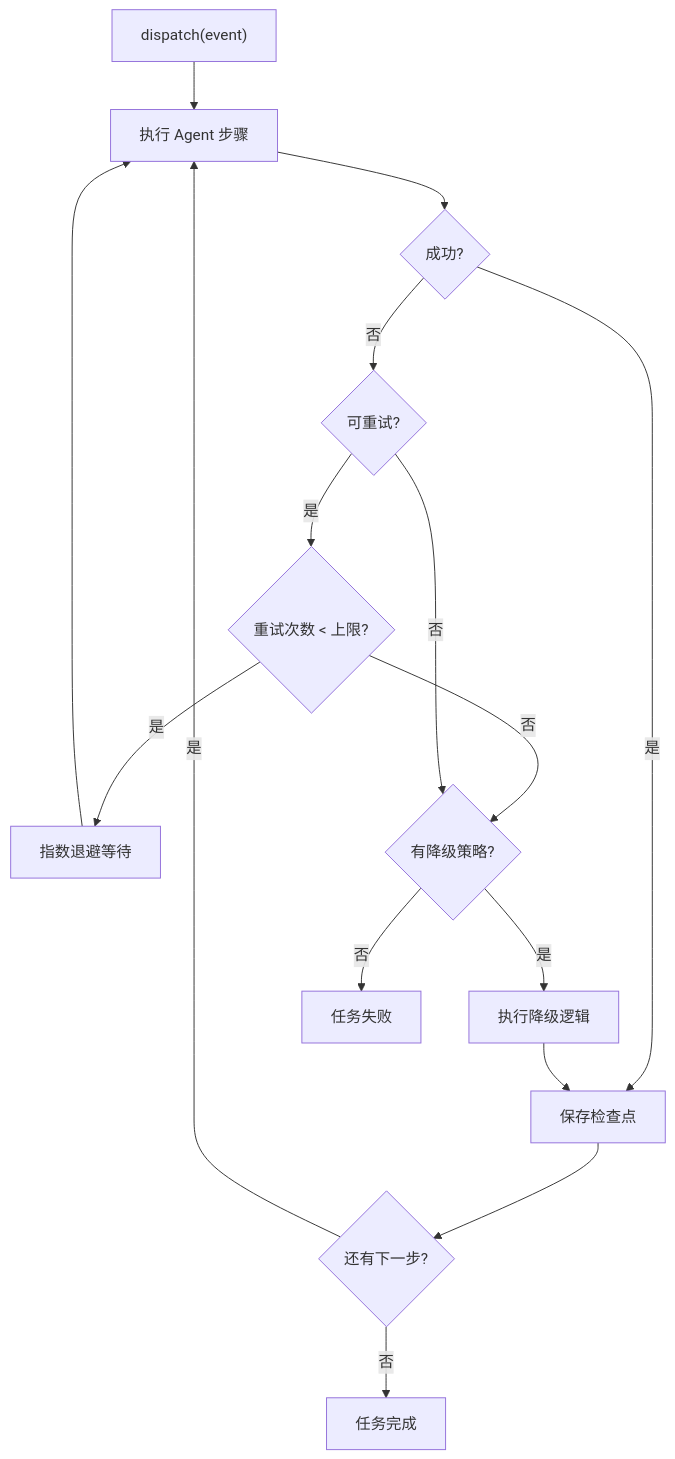
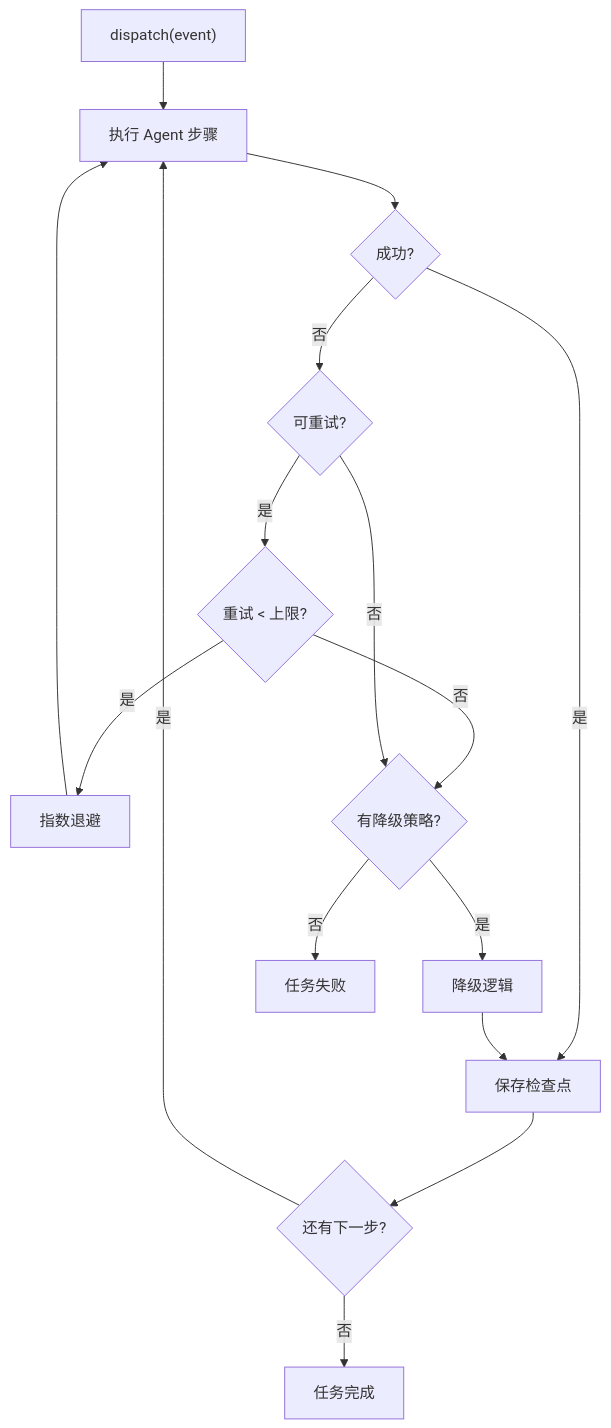
Before and after one commit to xiaoxiath/ai-agent-engineering: the seventh of 8 diagrams in chapters/part-02-core-architecture/ch04-state-management.md, drawn with Mermaid. The commit also changed other lines of this file and 6 other files, not shown here.

````diff
--- a/chapters/part-02-core-architecture/ch04-state-management.md
+++ b/chapters/part-02-core-architecture/ch04-state-management.md
@@ -1466,18 +881,18 @@
 ```mermaid
 flowchart TD
     Start["dispatch(event)"] --> Execute["执行 Agent 步骤"]
     Execute --> Success{成功?}
     Success -->|是| Checkpoint["保存检查点"]
     Checkpoint --> NextStep{还有下一步?}
     NextStep -->|是| Execute
     NextStep -->|否| Done["任务完成"]
     Success -->|否| Retryable{可重试?}
-    Retryable -->|是| RetryCount{"重试次数 < 上限?"}
-    RetryCount -->|是| Backoff["指数退避等待"]
+    Retryable -->|是| RetryCount{"重试 < 上限?"}
+    RetryCount -->|是| Backoff["指数退避"]
     Backoff --> Execute
     RetryCount -->|否| Degrade{有降级策略?}
     Retryable -->|否| Degrade
-    Degrade -->|是| Fallback["执行降级逻辑"]
+    Degrade -->|是| Fallback["降级逻辑"]
     Fallback --> Checkpoint
     Degrade -->|否| Fail["任务失败"]
 ```
````
